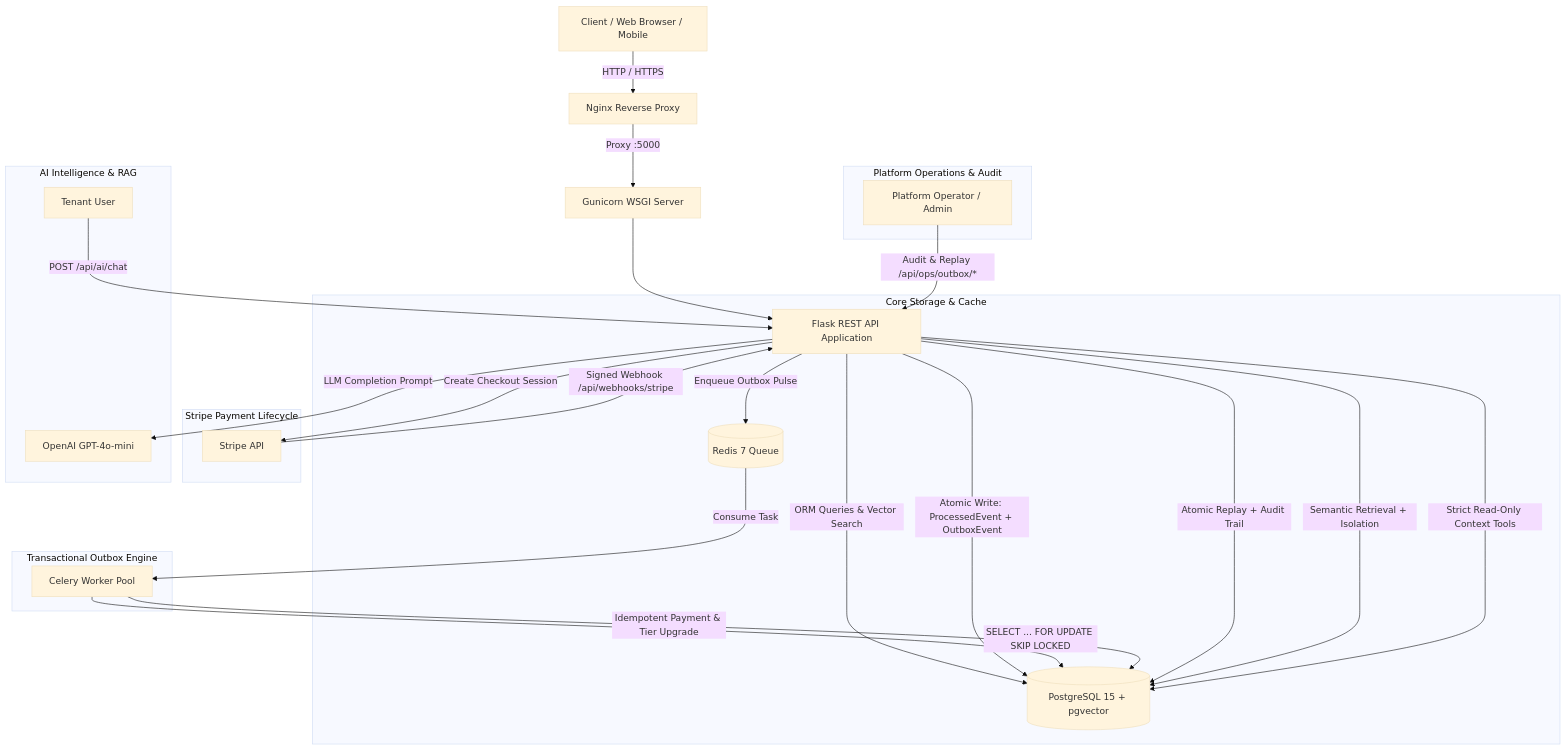
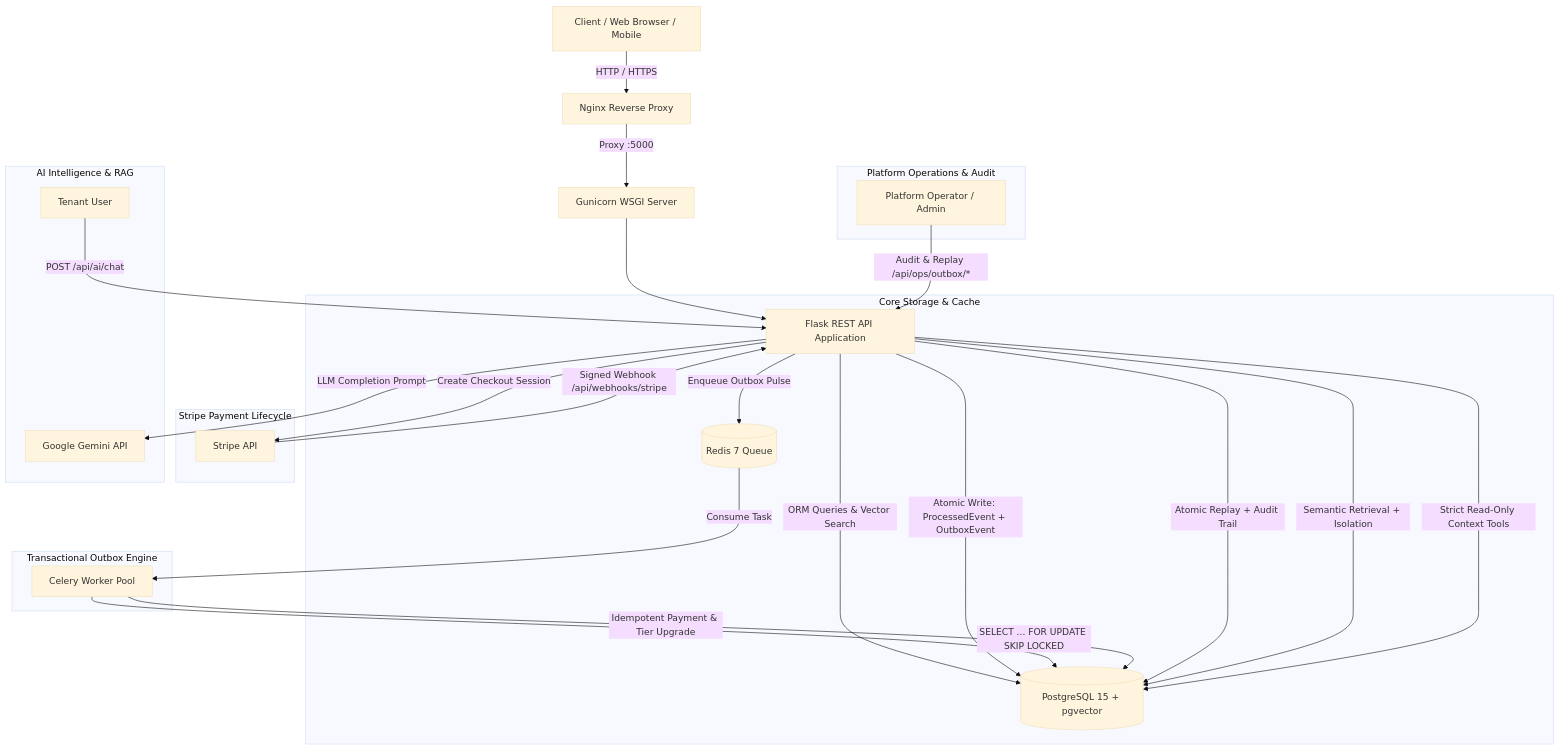
Before and after one commit to adithyaabhiram-28/AbyFlow: the diagram in README.md, drawn with Mermaid (base theme). The commit also changed other lines of this file and 25 other files, not shown here.

````diff
--- a/README.md
+++ b/README.md
@@ -32,35 +30,35 @@
 ```mermaid
 graph TD
     Client[Client / Web Browser / Mobile] -->|HTTP / HTTPS| Nginx[Nginx Reverse Proxy]
     Nginx -->|Proxy :5000| Gunicorn[Gunicorn WSGI Server]
     Gunicorn --> Flask[Flask REST API Application]
 
     subgraph "Core Storage & Cache"
         Flask -->|ORM Queries & Vector Search| DB[(PostgreSQL 15 + pgvector)]
         Flask -->|Enqueue Outbox Pulse| Redis[(Redis 7 Queue)]
     end
 
     subgraph "Stripe Payment Lifecycle"
         Flask -->|Create Checkout Session| Stripe[Stripe API]
         Stripe -->|Signed Webhook /api/webhooks/stripe| Flask
         Flask -->|Atomic Write: ProcessedEvent + OutboxEvent| DB
     end
 
     subgraph "Transactional Outbox Engine"
         Redis -->|Consume Task| Worker[Celery Worker Pool]
         Worker -->|SELECT ... FOR UPDATE SKIP LOCKED| DB
         Worker -->|Idempotent Payment & Tier Upgrade| DB
     end
 
     subgraph "Platform Operations & Audit"
         OpsAdmin[Platform Operator / Admin] -->|Audit & Replay /api/ops/outbox/*| Flask
         Flask -->|Atomic Replay + Audit Trail| DB
     end
 
     subgraph "AI Intelligence & RAG"
         User[Tenant User] -->|POST /api/ai/chat| Flask
         Flask -->|Semantic Retrieval + Isolation| DB
         Flask -->|Strict Read-Only Context Tools| DB
-        Flask -->|LLM Completion Prompt| OpenAI[OpenAI GPT-4o-mini]
+        Flask -->|LLM Completion Prompt| Gemini[Google Gemini API]
     end
 ```
````
